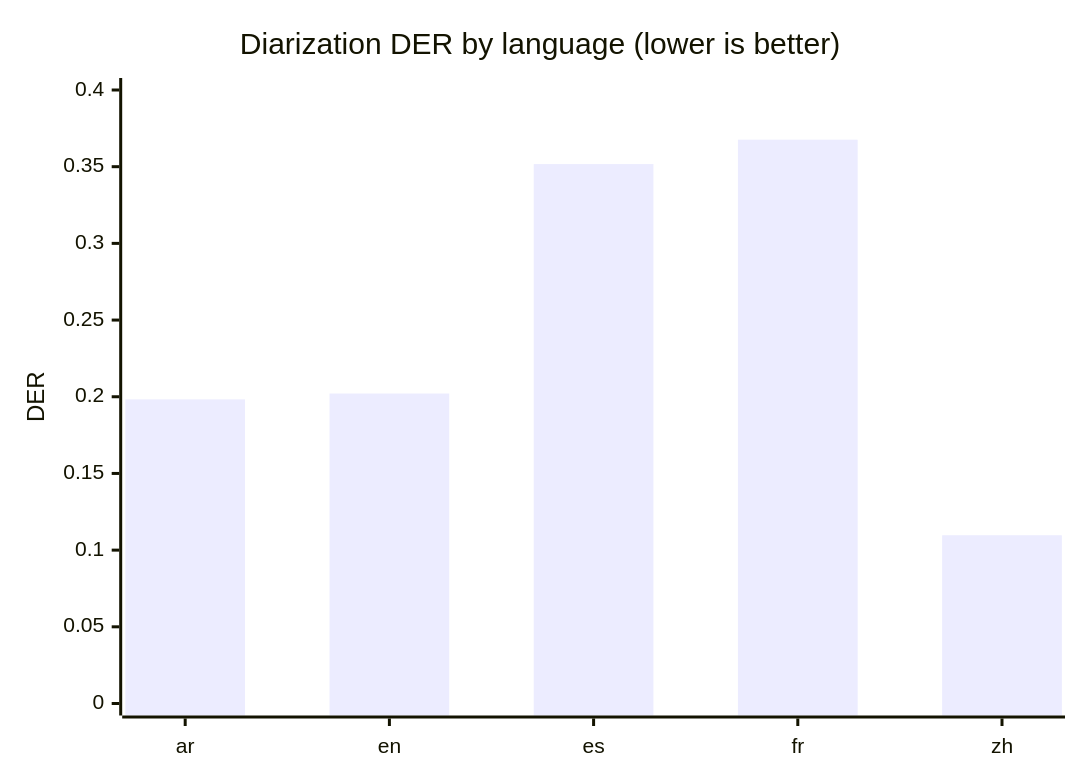
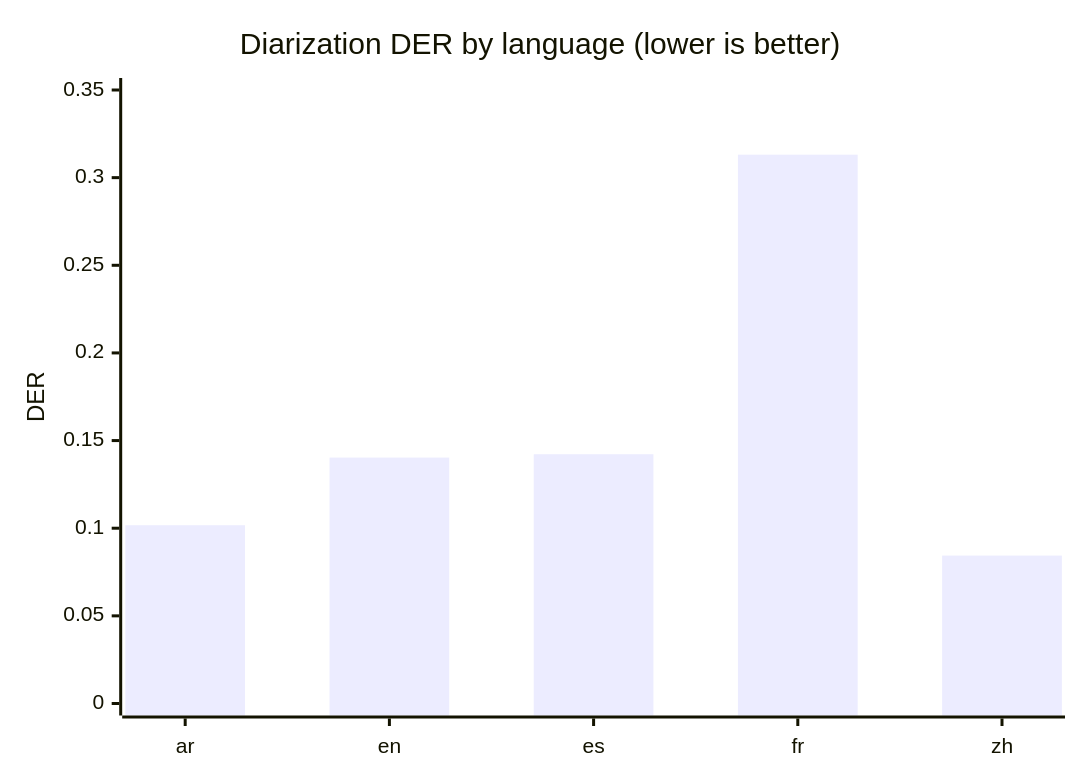
Before and after one commit to nkhaloo/speech-stack-benchmark: the third of 5 diagrams in docs/results.md, drawn with Mermaid. The commit also changed other lines of this file and 2 other files, not shown here.

````diff
--- a/docs/results.md
+++ b/docs/results.md
@@ -176,7 +199,7 @@
 ```mermaid
 xychart-beta
     title "Diarization DER by language (lower is better)"
     x-axis ["ar", "en", "es", "fr", "zh"]
-    y-axis "DER" 0 --> 0.4
-    bar [0.1983, 0.2021, 0.3517, 0.3676, 0.1097]
+    y-axis "DER" 0 --> 0.35
+    bar [0.1017, 0.1403, 0.1422, 0.3131, 0.0844]
 ```
````
